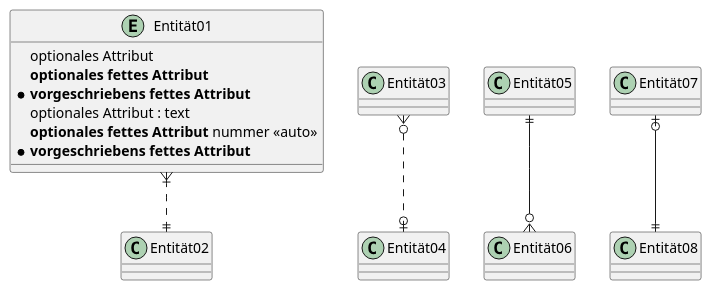
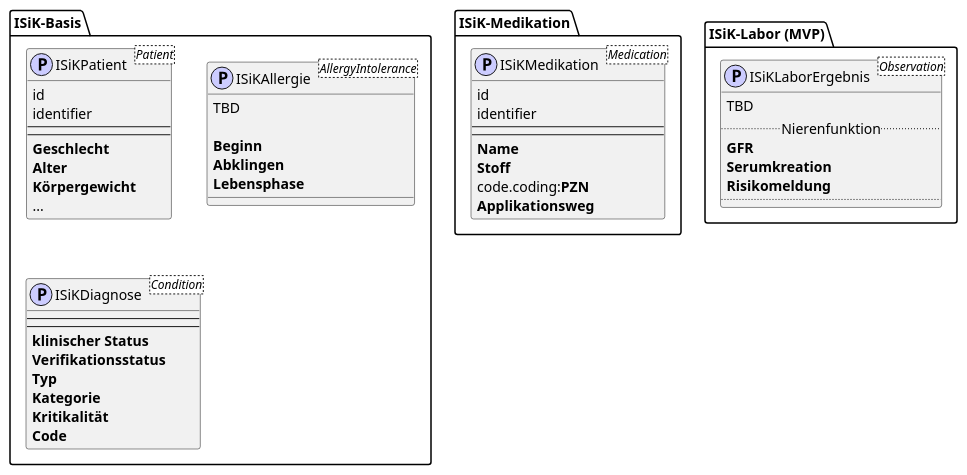
Before and after one commit to gematik/spec-ISiK-Medikation: the diagram in Material/images/src/plantuml/amts_infomodell.puml, drawn with PlantUML. The commit also changed 1 other file, not shown here.

```diff
--- a/Material/images/src/plantuml/amts_infomodell.puml
+++ b/Material/images/src/plantuml/amts_infomodell.puml
@@ -1,22 +1,81 @@
 @startuml
 
 ' verhindere Probleme mit gewinkelten Krähenfüßen
 skinparam linetype ortho
+ 
+' package Dummy{
+' entity Entität01 {
+'    optionales Attribut
+'    **optionales fettes Attribut**
+'    * **vorgeschriebens fettes Attribut**
+' }
+' 
+' entity Entität01 {
+'    optionales Attribut : text
+'    **optionales fettes Attribut** nummer <<auto>>
+'    * **vorgeschriebens fettes Attribut**
+' }
+' Entität01 }|..|| Entität02
+' Entität03 }o..o| Entität04
+' Entität05 ||--o{ Entität06
+' Entität07 |o--|| Entität08
+' }
+ 
+ ' TODO:
+ ' Vervollständigen im Sinne von: https://github.com/gematik/spec-ISiK-Medikation/blob/rc/main-stufe-4/Material/docs/Medikation%20Abgleich%20bestehende%20Spezifikationen.xlsx
 
-entity Entität01 {
-   optionales Attribut
-   **optionales fettes Attribut**
-   * **vorgeschriebens fettes Attribut**
+package ISiK-Basis {
+class  ISiKPatient <Patient><<(P,#CCCCFF)>>{
+   id
+   identifier
+   --
+   --
+   **Geschlecht**
+   **Alter**
+   **Körpergewicht**
+   ...
+}
+class  ISiKAllergie <AllergyIntolerance><<(P,#CCCCFF)>>{
+   TBD
+
+   **Beginn**
+   **Abklingen**
+   **Lebensphase**
+}
+class  ISiKDiagnose <Condition><<(P,#CCCCFF)>>{
+   --
+   --
+   **klinischer Status**
+   **Verifikationsstatus**
+   **Typ**
+   **Kategorie**
+   **Kritikalität**
+   **Code**
+}
 }
 
-entity Entität01 {
-   optionales Attribut : text
-   **optionales fettes Attribut** nummer <<auto>>
-   * **vorgeschriebens fettes Attribut**
+package ISiK-Medikation {
+class  ISiKMedikation <Medication><<(P,#CCCCFF)>>{
+   id
+   identifier
+   --
+   --
+   **Name**
+   **Stoff**
+   code.coding:**PZN**
+   **Applikationsweg**
 }
-Entität01 }|..|| Entität02
-Entität03 }o..o| Entität04
-Entität05 ||--o{ Entität06
-Entität07 |o--|| Entität08
+}
+
+package "ISiK-Labor (MVP)"{
+class  ISiKLaborErgebnis <Observation><<(P,#CCCCFF)>>{
+   TBD
+   ..Nierenfunktion..
+      **GFR**
+      **Serumkreation**
+      **Risikomeldung**
+   ..
+}
+}
 
 @enduml
```
